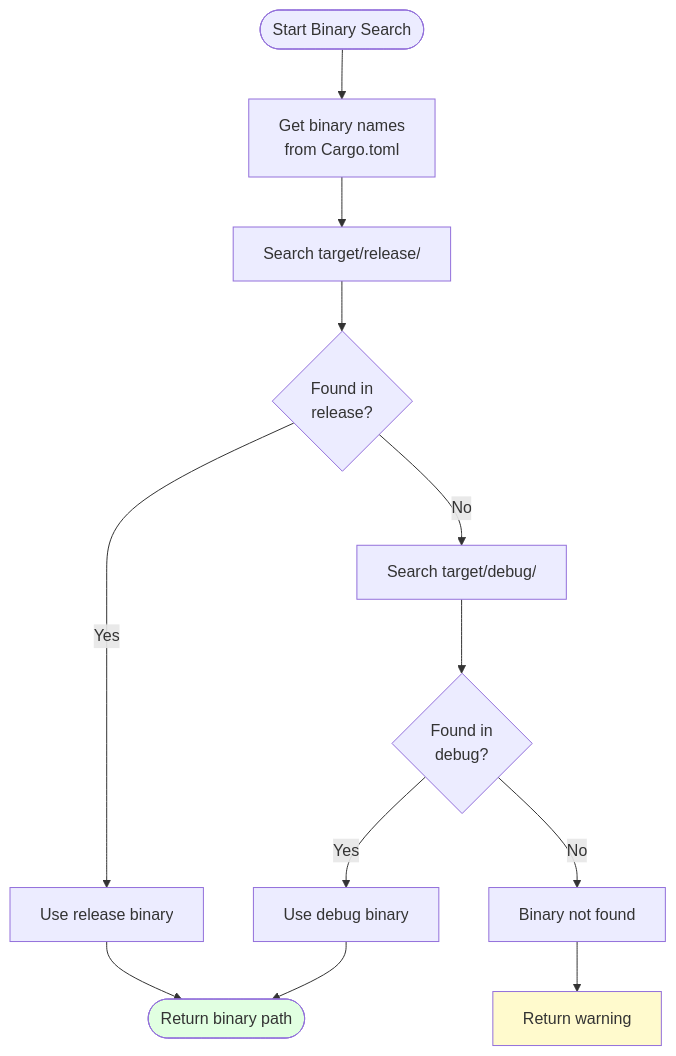
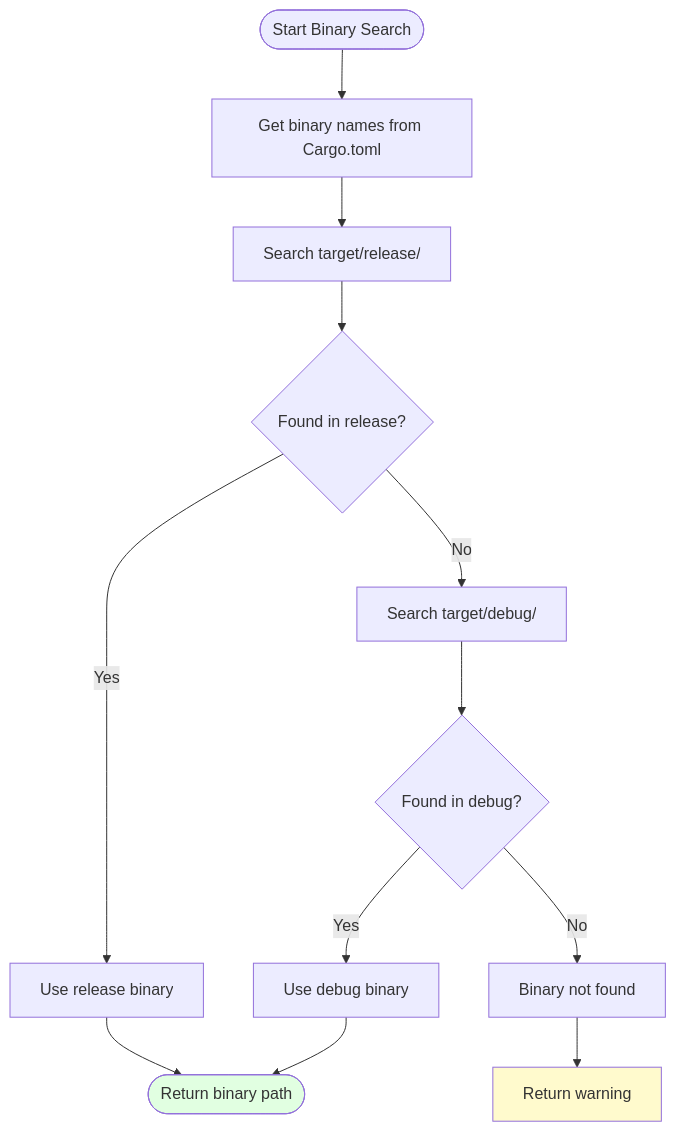
The second of 3 diagrams in wiki/Clap-CLI-Checks.md (softwarewrighter/sw-checklist), drawn with Mermaid before and after one commit. The commit also changed 7 other files, not shown here.

````diff
--- a/wiki/Clap-CLI-Checks.md
+++ b/wiki/Clap-CLI-Checks.md
@@ -97,20 +97,20 @@
 ```mermaid
 flowchart TD
-    Start([Start Binary Search]) --> GetNames[Get binary names<br/>from Cargo.toml]
+    Start([Start Binary Search]) --> GetNames[Get binary names from Cargo.toml]
     GetNames --> SearchRelease[Search target/release/]
 
-    SearchRelease --> FoundRelease{Found in<br/>release?}
+    SearchRelease --> FoundRelease{Found in release?}
     FoundRelease -->|Yes| UseRelease[Use release binary]
     FoundRelease -->|No| SearchDebug[Search target/debug/]
 
-    SearchDebug --> FoundDebug{Found in<br/>debug?}
+    SearchDebug --> FoundDebug{Found in debug?}
     FoundDebug -->|Yes| UseDebug[Use debug binary]
     FoundDebug -->|No| NotFound[Binary not found]
 
     UseRelease --> Return([Return binary path])
     UseDebug --> Return
     NotFound --> Warn[Return warning]
 
     style Return fill:#e1ffe1
     style Warn fill:#fffacd
 ```
````
